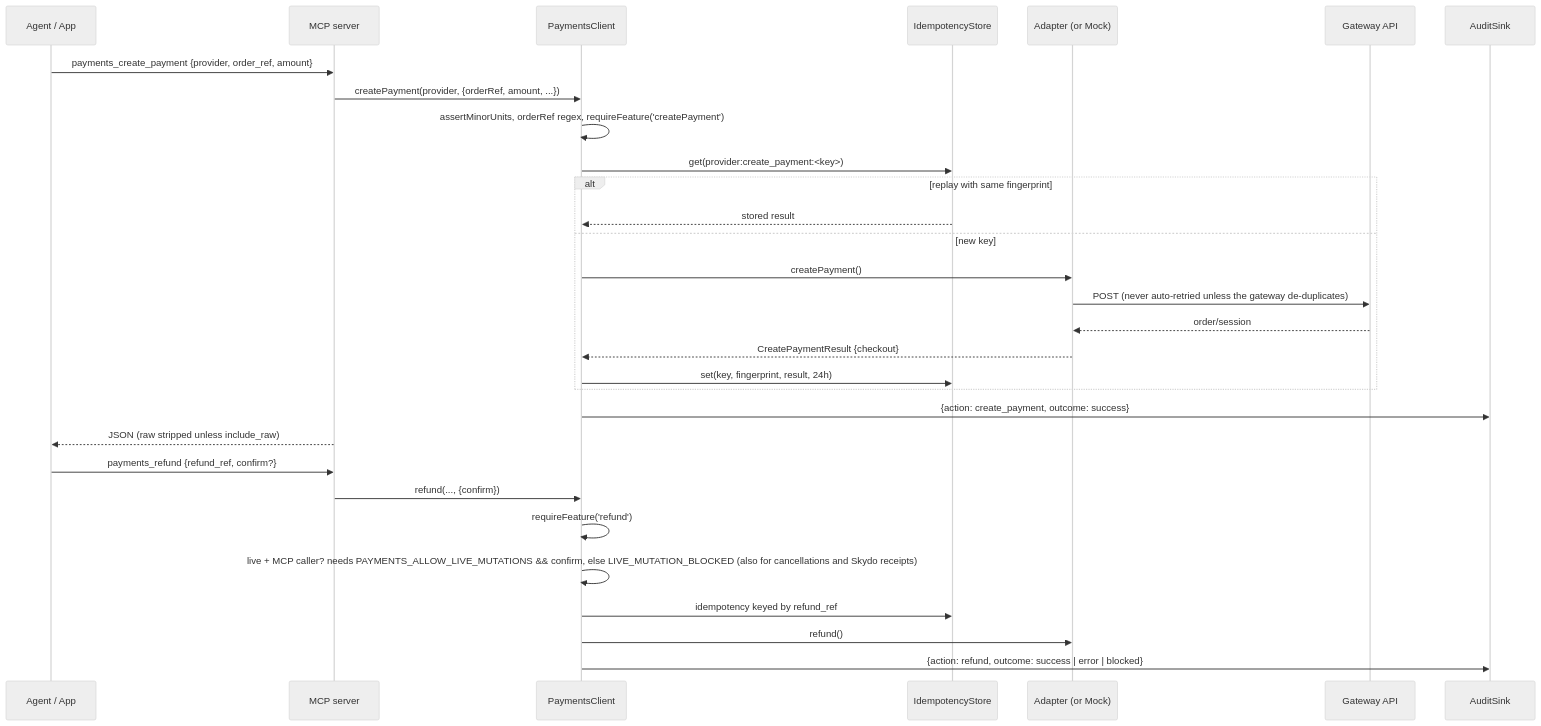
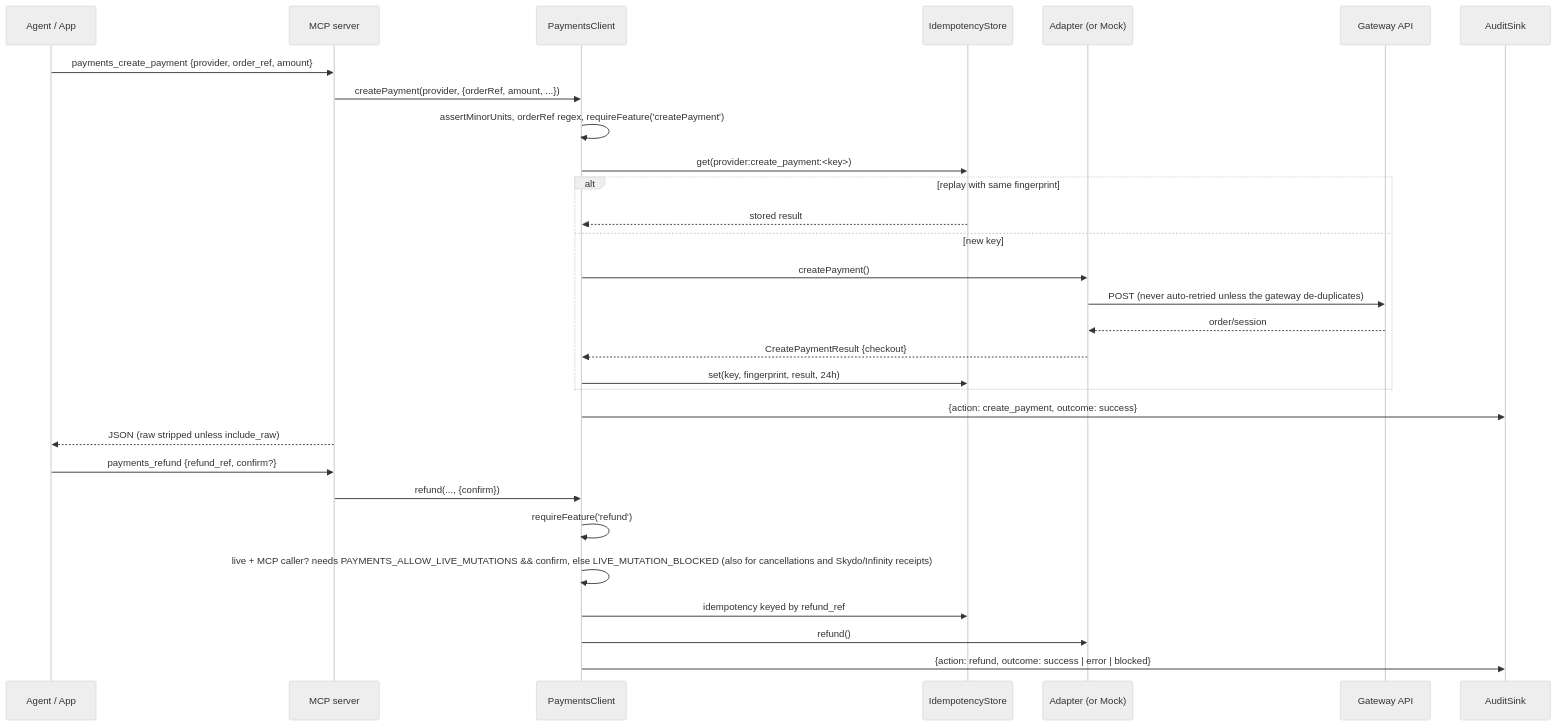
Before and after one commit to tejamaddimsetty/india-payments-mcp: the diagram in docs/architecture.md, drawn with Mermaid (neutral theme). The commit also changed other lines of this file and 52 other files, not shown here.

First line of the commit message:
Add Infinity (infinityapp.in) gateway; share Skydo's ledger and Zoho bridge code

````diff
--- a/docs/architecture.md
+++ b/docs/architecture.md
@@ -49,34 +49,34 @@
 ```mermaid
 sequenceDiagram
     participant A as Agent / App
     participant M as MCP server
     participant C as PaymentsClient
     participant I as IdempotencyStore
     participant G as Adapter (or Mock)
     participant P as Gateway API
     participant L as AuditSink
 
     A->>M: payments_create_payment {provider, order_ref, amount}
     M->>C: createPayment(provider, {orderRef, amount, ...})
     C->>C: assertMinorUnits, orderRef regex, requireFeature('createPayment')
     C->>I: get(provider:create_payment:<key>)
     alt replay with same fingerprint
         I-->>C: stored result
     else new key
         C->>G: createPayment()
         G->>P: POST (never auto-retried unless the gateway de-duplicates)
         P-->>G: order/session
         G-->>C: CreatePaymentResult {checkout}
         C->>I: set(key, fingerprint, result, 24h)
     end
     C->>L: {action: create_payment, outcome: success}
     M-->>A: JSON (raw stripped unless include_raw)
 
     A->>M: payments_refund {refund_ref, confirm?}
     M->>C: refund(..., {confirm})
     C->>C: requireFeature('refund')
-    C->>C: live + MCP caller? needs PAYMENTS_ALLOW_LIVE_MUTATIONS && confirm, else LIVE_MUTATION_BLOCKED (also for cancellations and Skydo receipts)
+    C->>C: live + MCP caller? needs PAYMENTS_ALLOW_LIVE_MUTATIONS && confirm, else LIVE_MUTATION_BLOCKED (also for cancellations and Skydo/Infinity receipts)
     C->>I: idempotency keyed by refund_ref
     C->>G: refund()
     C->>L: {action: refund, outcome: success | error | blocked}
 ```
````
